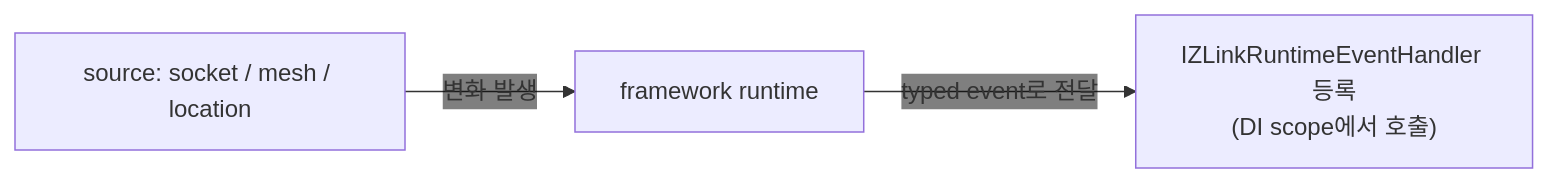
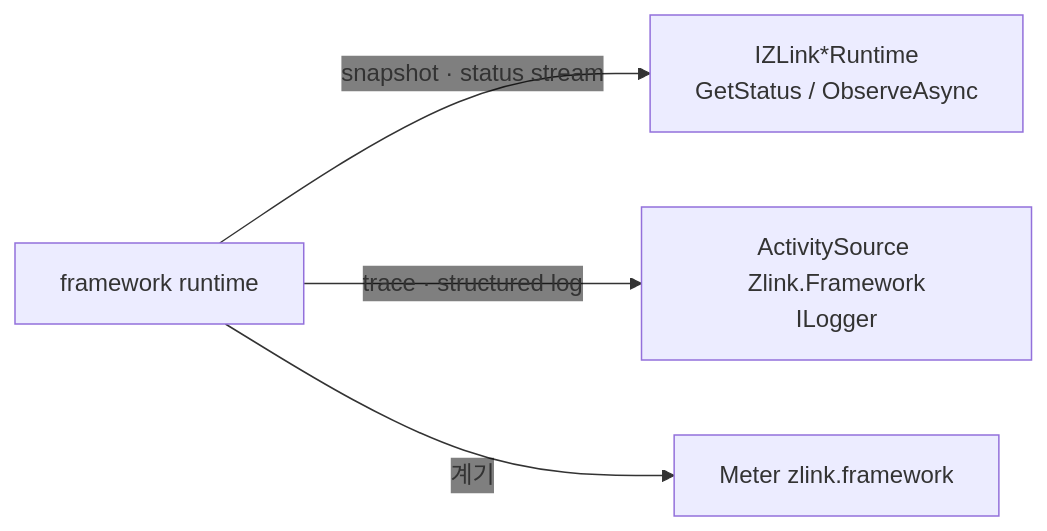
Before and after one commit to kairos-code-dev/zlink: the diagram in framework/doc/framework/dotnet/guide/server/11-monitoring.ko.md, drawn with Mermaid. The commit also changed other lines of this file and 32 other files, not shown here.

````diff
--- a/framework/doc/framework/dotnet/guide/server/11-monitoring.ko.md
+++ b/framework/doc/framework/dotnet/guide/server/11-monitoring.ko.md
@@ -32,6 +28,7 @@
 ```mermaid
 %%{init: {'themeVariables': {'edgeLabelBackground':'transparent'}}}%%
 flowchart LR
-  SRC["source: socket / mesh / location"] -->|"변화 발생"| FW["framework runtime"]
-  FW -->|"typed event로 전달"| H["IZLinkRuntimeEventHandler 등록<br/>(DI scope에서 호출)"]
+  RT["framework runtime"] -->|"snapshot · status stream"| ST["IZLink*Runtime<br/>GetStatus / ObserveAsync"]
+  RT -->|"trace · structured log"| DG["ActivitySource Zlink.Framework<br/>ILogger"]
+  RT -->|"계기"| MT["Meter zlink.framework"]
 ```
````
